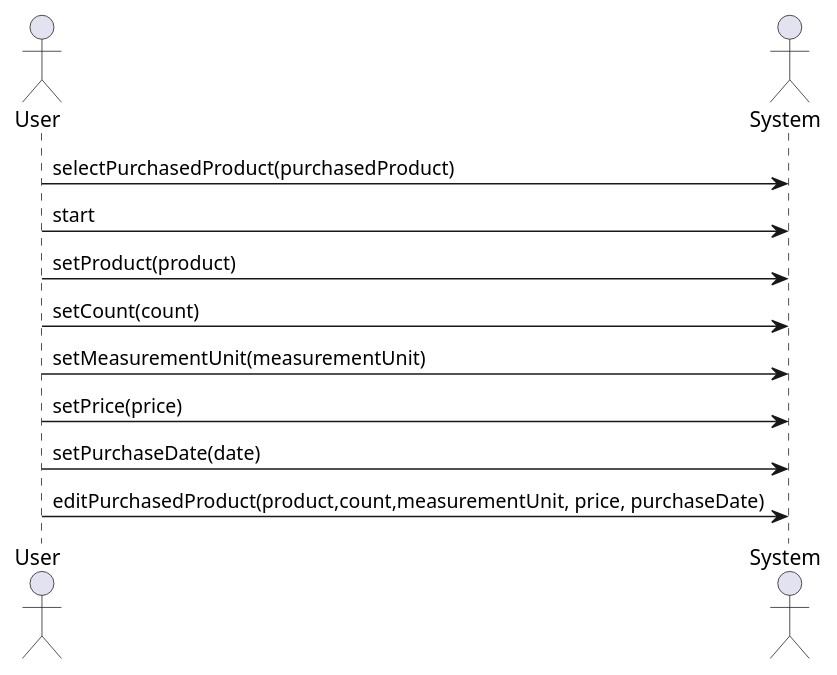
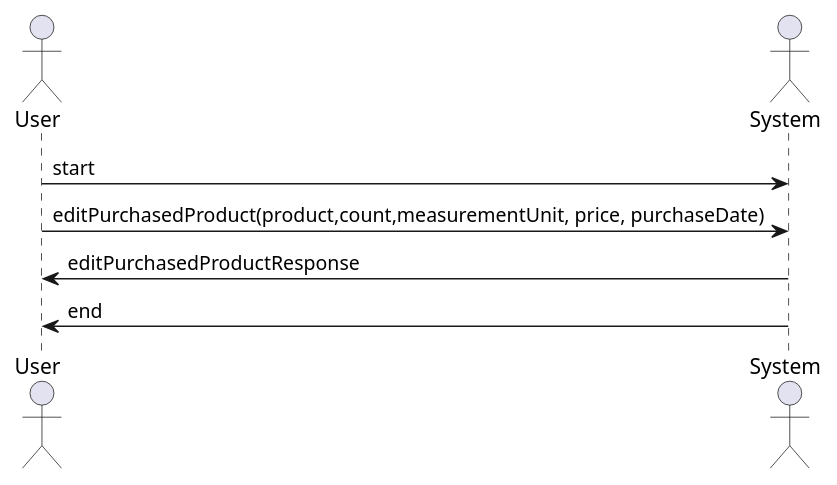
One commit to drDeepl/purchased-products-app-nest changed the diagram in src/diagrams_operations/edit_purchased_product.wsd. Above: the diagram before and after it, drawn with PlantUML. The commit also changed 36 other files, not shown here.

```diff
--- a/src/diagrams_operations/edit_purchased_product.wsd
+++ b/src/diagrams_operations/edit_purchased_product.wsd
@@ -1,19 +1,14 @@
 @startuml edit_purchased_product
 
 skinparam backgroundColor #FFFFFF
 
 
 actor User
 actor System
 
 
-User -> System: selectPurchasedProduct(purchasedProduct)
 User -> System: start
-User -> System: setProduct(product)
-User -> System: setCount(count)
-User -> System: setMeasurementUnit(measurementUnit)
-User -> System: setPrice(price)
-User -> System: setPurchaseDate(date)
 User -> System: editPurchasedProduct(product,count,measurementUnit, price, purchaseDate)
-
+System -> User: editPurchasedProductResponse
+System -> User: end
 @enduml
```
